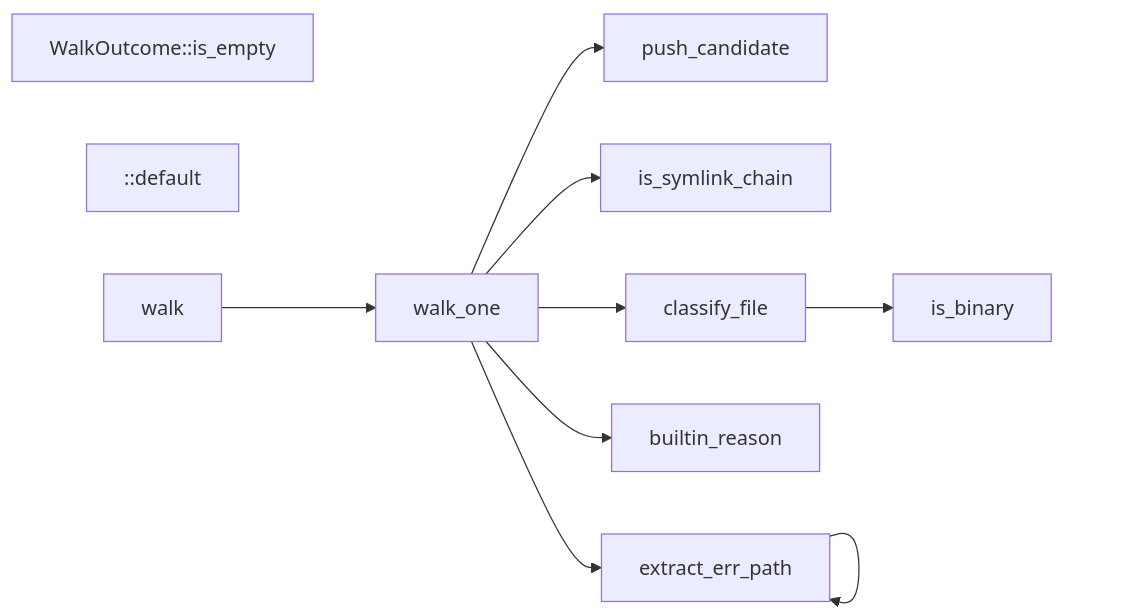
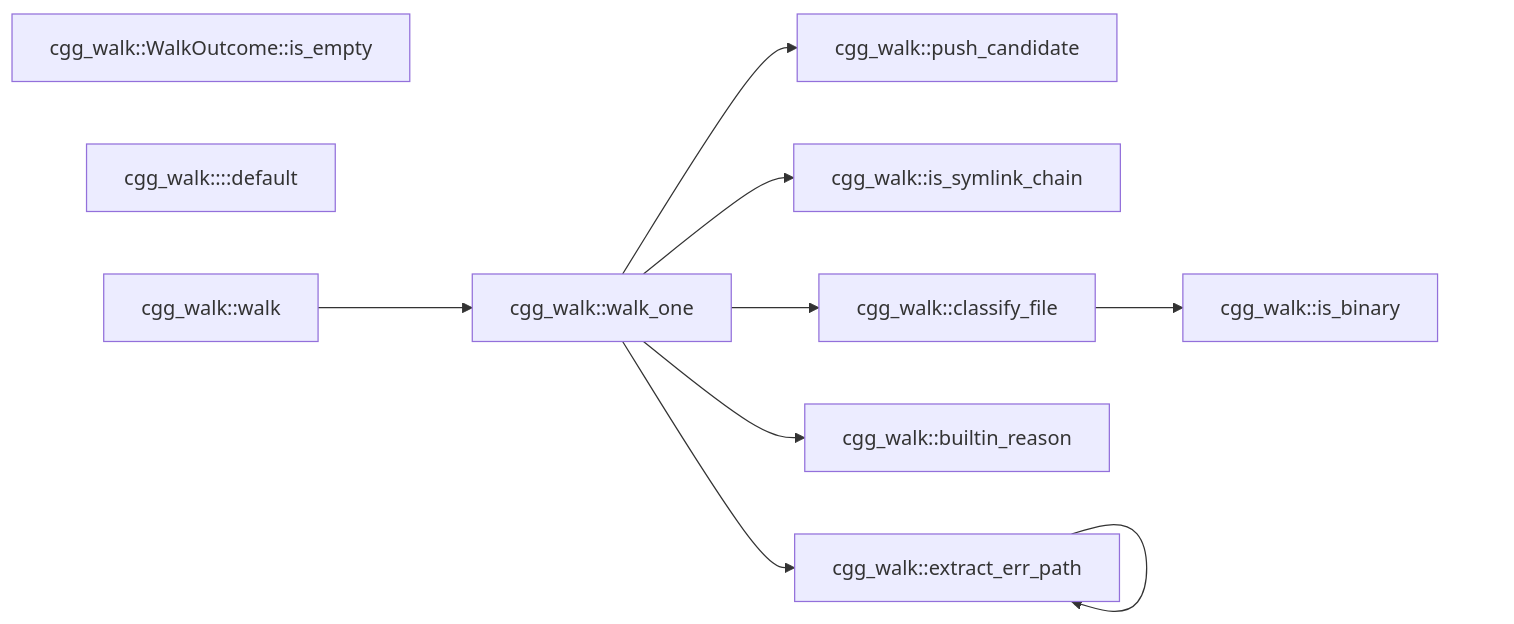
The first of 2 diagrams in README.md (NeuralNotwerk/cgg), drawn with Mermaid before and after one commit. The commit also changed other lines of this file and 13 other files, not shown here.

````diff
--- a/README.md
+++ b/README.md
@@ -41,21 +41,21 @@
 ```mermaid
 flowchart LR
-  C0["WalkOutcome::is_empty"]
-  C1["<WalkConfig as Default>::default"]
-  C2["walk"]
-  C3["walk_one"]
-  C4["push_candidate"]
-  C5["is_symlink_chain"]
-  C6["classify_file"]
-  C7["is_binary"]
-  C8["builtin_reason"]
-  C9["extract_err_path"]
+  C0["cgg_walk::WalkOutcome::is_empty"]
+  C1["cgg_walk::<WalkConfig as Default>::default"]
+  C2["cgg_walk::walk"]
+  C3["cgg_walk::walk_one"]
+  C4["cgg_walk::push_candidate"]
+  C5["cgg_walk::is_symlink_chain"]
+  C6["cgg_walk::classify_file"]
+  C7["cgg_walk::is_binary"]
+  C8["cgg_walk::builtin_reason"]
+  C9["cgg_walk::extract_err_path"]
   C2 --> C3
   C3 --> C4
   C3 --> C5
   C3 --> C6
   C3 --> C8
   C3 --> C9
   C6 --> C7
   C9 --> C9
 ```
````
